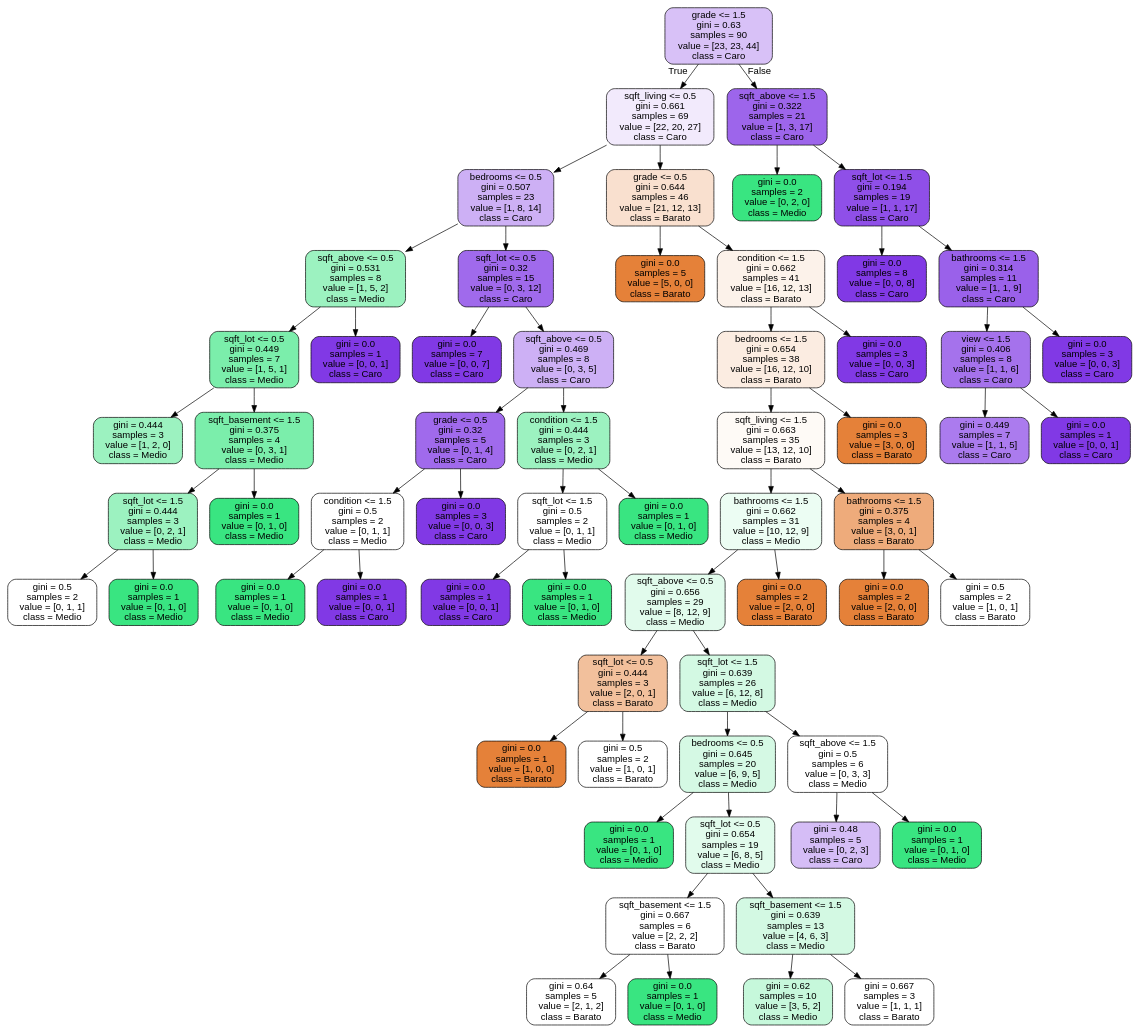
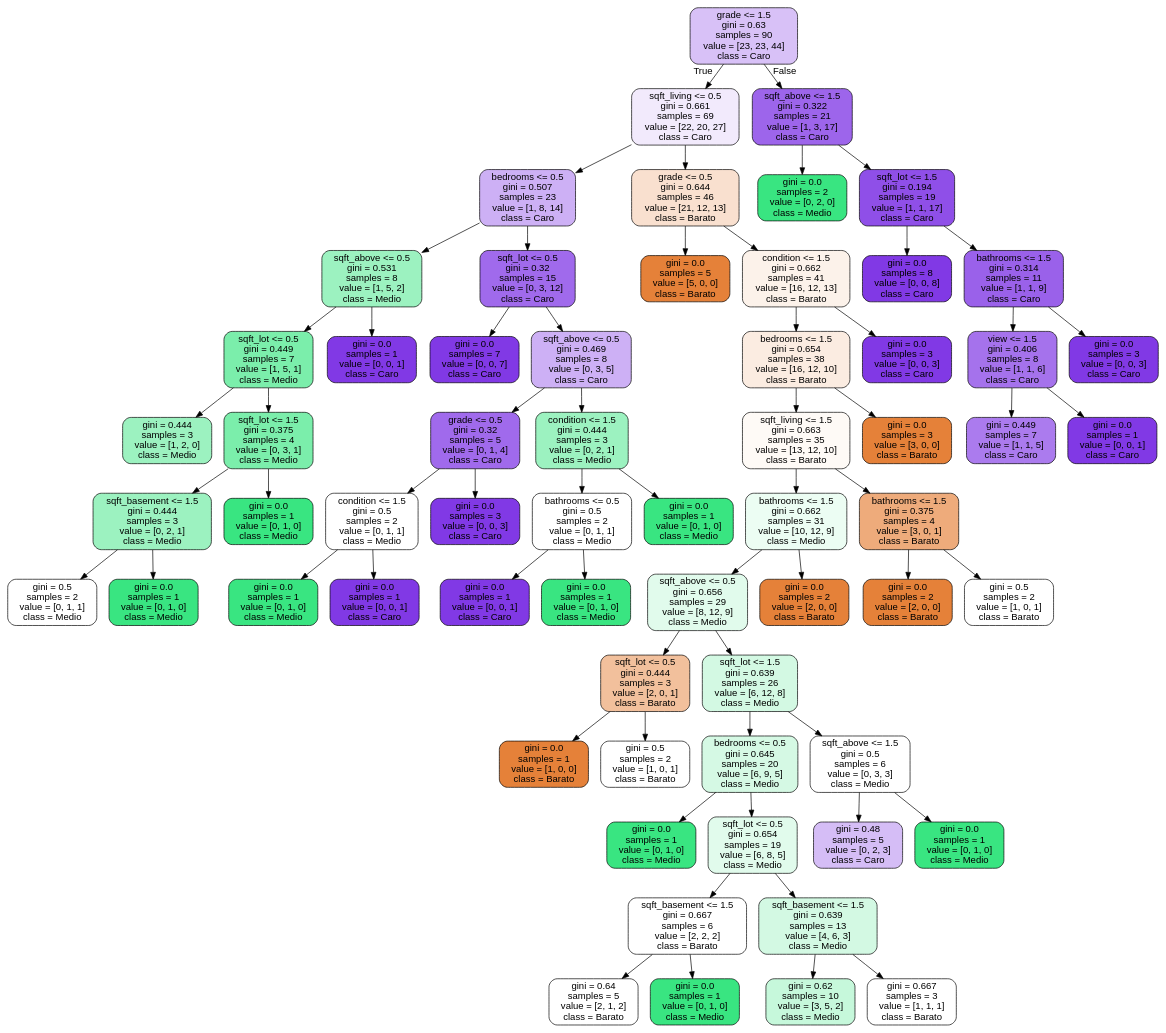
Before and after one commit to Costa-amanda/chatbot_pe: the diagram in chat_bot/teste.dot, drawn with Graphviz. The commit also changed 2 other files, not shown here.

```diff
--- a/chat_bot/teste.dot
+++ b/chat_bot/teste.dot
@@ -1,129 +1,129 @@
 digraph Tree {
 node [shape=box, style="filled, rounded", color="black", fontname=helvetica] ;
 edge [fontname=helvetica] ;
 0 [label="grade <= 1.5\ngini = 0.63\nsamples = 90\nvalue = [23, 23, 44]\nclass = Caro", fillcolor="#d8c1f7"] ;
 1 [label="sqft_living <= 0.5\ngini = 0.661\nsamples = 69\nvalue = [22, 20, 27]\nclass = Caro", fillcolor="#f2eafc"] ;
 0 -> 1 [labeldistance=2.5, labelangle=45, headlabel="True"] ;
 2 [label="bedrooms <= 0.5\ngini = 0.507\nsamples = 23\nvalue = [1, 8, 14]\nclass = Caro", fillcolor="#cdb0f5"] ;
 1 -> 2 ;
 3 [label="sqft_above <= 0.5\ngini = 0.531\nsamples = 8\nvalue = [1, 5, 2]\nclass = Medio", fillcolor="#9cf2c0"] ;
 2 -> 3 ;
 4 [label="sqft_lot <= 0.5\ngini = 0.449\nsamples = 7\nvalue = [1, 5, 1]\nclass = Medio", fillcolor="#7beeab"] ;
 3 -> 4 ;
 5 [label="gini = 0.444\nsamples = 3\nvalue = [1, 2, 0]\nclass = Medio", fillcolor="#9cf2c0"] ;
 4 -> 5 ;
-6 [label="sqft_basement <= 1.5\ngini = 0.375\nsamples = 4\nvalue = [0, 3, 1]\nclass = Medio", fillcolor="#7beeab"] ;
+6 [label="sqft_lot <= 1.5\ngini = 0.375\nsamples = 4\nvalue = [0, 3, 1]\nclass = Medio", fillcolor="#7beeab"] ;
 4 -> 6 ;
-7 [label="sqft_lot <= 1.5\ngini = 0.444\nsamples = 3\nvalue = [0, 2, 1]\nclass = Medio", fillcolor="#9cf2c0"] ;
+7 [label="sqft_basement <= 1.5\ngini = 0.444\nsamples = 3\nvalue = [0, 2, 1]\nclass = Medio", fillcolor="#9cf2c0"] ;
 6 -> 7 ;
 8 [label="gini = 0.5\nsamples = 2\nvalue = [0, 1, 1]\nclass = Medio", fillcolor="#ffffff"] ;
 7 -> 8 ;
 9 [label="gini = 0.0\nsamples = 1\nvalue = [0, 1, 0]\nclass = Medio", fillcolor="#39e581"] ;
 7 -> 9 ;
 10 [label="gini = 0.0\nsamples = 1\nvalue = [0, 1, 0]\nclass = Medio", fillcolor="#39e581"] ;
 6 -> 10 ;
 11 [label="gini = 0.0\nsamples = 1\nvalue = [0, 0, 1]\nclass = Caro", fillcolor="#8139e5"] ;
 3 -> 11 ;
 12 [label="sqft_lot <= 0.5\ngini = 0.32\nsamples = 15\nvalue = [0, 3, 12]\nclass = Caro", fillcolor="#a06aec"] ;
 2 -> 12 ;
 13 [label="gini = 0.0\nsamples = 7\nvalue = [0, 0, 7]\nclass = Caro", fillcolor="#8139e5"] ;
 12 -> 13 ;
 14 [label="sqft_above <= 0.5\ngini = 0.469\nsamples = 8\nvalue = [0, 3, 5]\nclass = Caro", fillcolor="#cdb0f5"] ;
 12 -> 14 ;
 15 [label="grade <= 0.5\ngini = 0.32\nsamples = 5\nvalue = [0, 1, 4]\nclass = Caro", fillcolor="#a06aec"] ;
 14 -> 15 ;
 16 [label="condition <= 1.5\ngini = 0.5\nsamples = 2\nvalue = [0, 1, 1]\nclass = Medio", fillcolor="#ffffff"] ;
 15 -> 16 ;
 17 [label="gini = 0.0\nsamples = 1\nvalue = [0, 1, 0]\nclass = Medio", fillcolor="#39e581"] ;
 16 -> 17 ;
 18 [label="gini = 0.0\nsamples = 1\nvalue = [0, 0, 1]\nclass = Caro", fillcolor="#8139e5"] ;
 16 -> 18 ;
 19 [label="gini = 0.0\nsamples = 3\nvalue = [0, 0, 3]\nclass = Caro", fillcolor="#8139e5"] ;
 15 -> 19 ;
 20 [label="condition <= 1.5\ngini = 0.444\nsamples = 3\nvalue = [0, 2, 1]\nclass = Medio", fillcolor="#9cf2c0"] ;
 14 -> 20 ;
-21 [label="sqft_lot <= 1.5\ngini = 0.5\nsamples = 2\nvalue = [0, 1, 1]\nclass = Medio", fillcolor="#ffffff"] ;
+21 [label="bathrooms <= 0.5\ngini = 0.5\nsamples = 2\nvalue = [0, 1, 1]\nclass = Medio", fillcolor="#ffffff"] ;
 20 -> 21 ;
 22 [label="gini = 0.0\nsamples = 1\nvalue = [0, 0, 1]\nclass = Caro", fillcolor="#8139e5"] ;
 21 -> 22 ;
 23 [label="gini = 0.0\nsamples = 1\nvalue = [0, 1, 0]\nclass = Medio", fillcolor="#39e581"] ;
 21 -> 23 ;
 24 [label="gini = 0.0\nsamples = 1\nvalue = [0, 1, 0]\nclass = Medio", fillcolor="#39e581"] ;
 20 -> 24 ;
 25 [label="grade <= 0.5\ngini = 0.644\nsamples = 46\nvalue = [21, 12, 13]\nclass = Barato", fillcolor="#f9e0cf"] ;
 1 -> 25 ;
 26 [label="gini = 0.0\nsamples = 5\nvalue = [5, 0, 0]\nclass = Barato", fillcolor="#e58139"] ;
 25 -> 26 ;
 27 [label="condition <= 1.5\ngini = 0.662\nsamples = 41\nvalue = [16, 12, 13]\nclass = Barato", fillcolor="#fcf2ea"] ;
 25 -> 27 ;
 28 [label="bedrooms <= 1.5\ngini = 0.654\nsamples = 38\nvalue = [16, 12, 10]\nclass = Barato", fillcolor="#fbece1"] ;
 27 -> 28 ;
 29 [label="sqft_living <= 1.5\ngini = 0.663\nsamples = 35\nvalue = [13, 12, 10]\nclass = Barato", fillcolor="#fefaf6"] ;
 28 -> 29 ;
 30 [label="bathrooms <= 1.5\ngini = 0.662\nsamples = 31\nvalue = [10, 12, 9]\nclass = Medio", fillcolor="#ecfdf3"] ;
 29 -> 30 ;
 31 [label="sqft_above <= 0.5\ngini = 0.656\nsamples = 29\nvalue = [8, 12, 9]\nclass = Medio", fillcolor="#e1fbec"] ;
 30 -> 31 ;
 32 [label="sqft_lot <= 0.5\ngini = 0.444\nsamples = 3\nvalue = [2, 0, 1]\nclass = Barato", fillcolor="#f2c09c"] ;
 31 -> 32 ;
 33 [label="gini = 0.0\nsamples = 1\nvalue = [1, 0, 0]\nclass = Barato", fillcolor="#e58139"] ;
 32 -> 33 ;
 34 [label="gini = 0.5\nsamples = 2\nvalue = [1, 0, 1]\nclass = Barato", fillcolor="#ffffff"] ;
 32 -> 34 ;
 35 [label="sqft_lot <= 1.5\ngini = 0.639\nsamples = 26\nvalue = [6, 12, 8]\nclass = Medio", fillcolor="#d3f9e3"] ;
 31 -> 35 ;
 36 [label="bedrooms <= 0.5\ngini = 0.645\nsamples = 20\nvalue = [6, 9, 5]\nclass = Medio", fillcolor="#d5f9e4"] ;
 35 -> 36 ;
 37 [label="gini = 0.0\nsamples = 1\nvalue = [0, 1, 0]\nclass = Medio", fillcolor="#39e581"] ;
 36 -> 37 ;
 38 [label="sqft_lot <= 0.5\ngini = 0.654\nsamples = 19\nvalue = [6, 8, 5]\nclass = Medio", fillcolor="#e1fbec"] ;
 36 -> 38 ;
 39 [label="sqft_basement <= 1.5\ngini = 0.667\nsamples = 6\nvalue = [2, 2, 2]\nclass = Barato", fillcolor="#ffffff"] ;
 38 -> 39 ;
 40 [label="gini = 0.64\nsamples = 5\nvalue = [2, 1, 2]\nclass = Barato", fillcolor="#ffffff"] ;
 39 -> 40 ;
 41 [label="gini = 0.0\nsamples = 1\nvalue = [0, 1, 0]\nclass = Medio", fillcolor="#39e581"] ;
 39 -> 41 ;
 42 [label="sqft_basement <= 1.5\ngini = 0.639\nsamples = 13\nvalue = [4, 6, 3]\nclass = Medio", fillcolor="#d3f9e3"] ;
 38 -> 42 ;
 43 [label="gini = 0.62\nsamples = 10\nvalue = [3, 5, 2]\nclass = Medio", fillcolor="#c6f8db"] ;
 42 -> 43 ;
 44 [label="gini = 0.667\nsamples = 3\nvalue = [1, 1, 1]\nclass = Barato", fillcolor="#ffffff"] ;
 42 -> 44 ;
 45 [label="sqft_above <= 1.5\ngini = 0.5\nsamples = 6\nvalue = [0, 3, 3]\nclass = Medio", fillcolor="#ffffff"] ;
 35 -> 45 ;
 46 [label="gini = 0.48\nsamples = 5\nvalue = [0, 2, 3]\nclass = Caro", fillcolor="#d5bdf6"] ;
 45 -> 46 ;
 47 [label="gini = 0.0\nsamples = 1\nvalue = [0, 1, 0]\nclass = Medio", fillcolor="#39e581"] ;
 45 -> 47 ;
 48 [label="gini = 0.0\nsamples = 2\nvalue = [2, 0, 0]\nclass = Barato", fillcolor="#e58139"] ;
 30 -> 48 ;
 49 [label="bathrooms <= 1.5\ngini = 0.375\nsamples = 4\nvalue = [3, 0, 1]\nclass = Barato", fillcolor="#eeab7b"] ;
 29 -> 49 ;
 50 [label="gini = 0.0\nsamples = 2\nvalue = [2, 0, 0]\nclass = Barato", fillcolor="#e58139"] ;
 49 -> 50 ;
 51 [label="gini = 0.5\nsamples = 2\nvalue = [1, 0, 1]\nclass = Barato", fillcolor="#ffffff"] ;
 49 -> 51 ;
 52 [label="gini = 0.0\nsamples = 3\nvalue = [3, 0, 0]\nclass = Barato", fillcolor="#e58139"] ;
 28 -> 52 ;
 53 [label="gini = 0.0\nsamples = 3\nvalue = [0, 0, 3]\nclass = Caro", fillcolor="#8139e5"] ;
 27 -> 53 ;
 54 [label="sqft_above <= 1.5\ngini = 0.322\nsamples = 21\nvalue = [1, 3, 17]\nclass = Caro", fillcolor="#9d65eb"] ;
 0 -> 54 [labeldistance=2.5, labelangle=-45, headlabel="False"] ;
 55 [label="gini = 0.0\nsamples = 2\nvalue = [0, 2, 0]\nclass = Medio", fillcolor="#39e581"] ;
 54 -> 55 ;
 56 [label="sqft_lot <= 1.5\ngini = 0.194\nsamples = 19\nvalue = [1, 1, 17]\nclass = Caro", fillcolor="#8f4fe8"] ;
 54 -> 56 ;
 57 [label="gini = 0.0\nsamples = 8\nvalue = [0, 0, 8]\nclass = Caro", fillcolor="#8139e5"] ;
 56 -> 57 ;
 58 [label="bathrooms <= 1.5\ngini = 0.314\nsamples = 11\nvalue = [1, 1, 9]\nclass = Caro", fillcolor="#9a61ea"] ;
 56 -> 58 ;
 59 [label="view <= 1.5\ngini = 0.406\nsamples = 8\nvalue = [1, 1, 6]\nclass = Caro", fillcolor="#a572ec"] ;
 58 -> 59 ;
 60 [label="gini = 0.449\nsamples = 7\nvalue = [1, 1, 5]\nclass = Caro", fillcolor="#ab7bee"] ;
 59 -> 60 ;
 61 [label="gini = 0.0\nsamples = 1\nvalue = [0, 0, 1]\nclass = Caro", fillcolor="#8139e5"] ;
 59 -> 61 ;
 62 [label="gini = 0.0\nsamples = 3\nvalue = [0, 0, 3]\nclass = Caro", fillcolor="#8139e5"] ;
 58 -> 62 ;
 }
```
